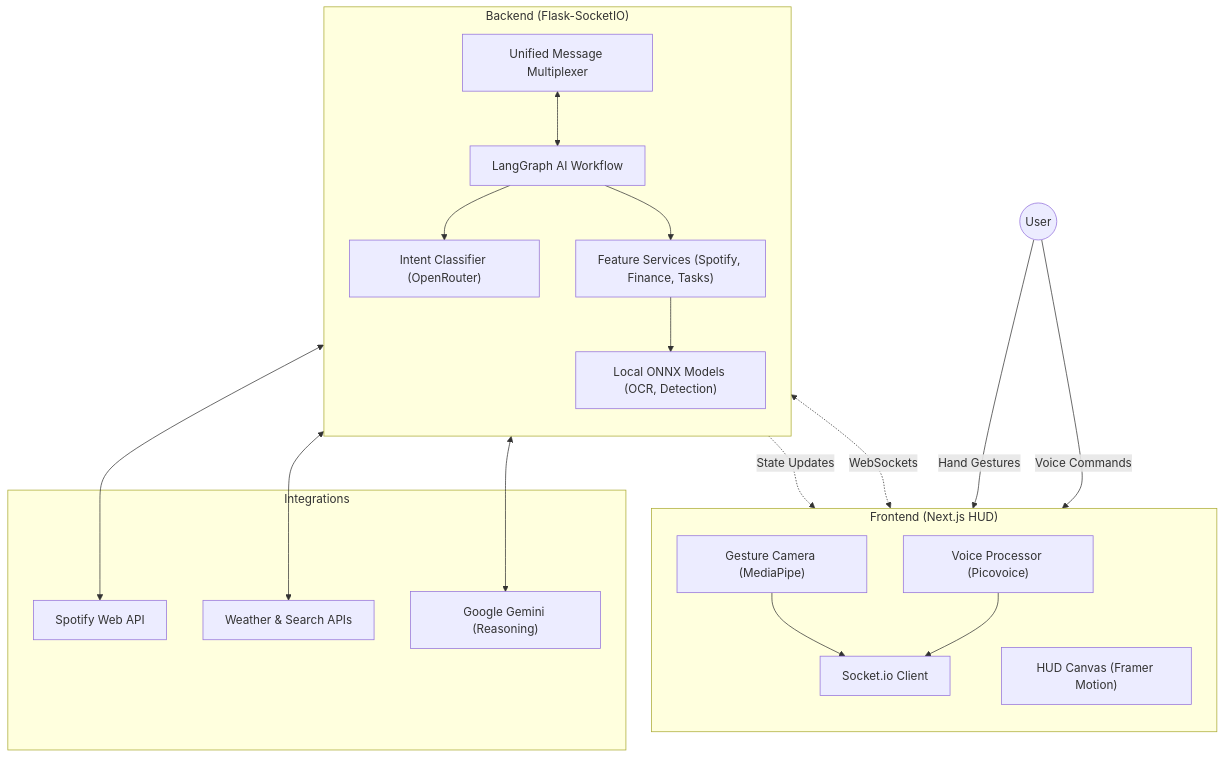
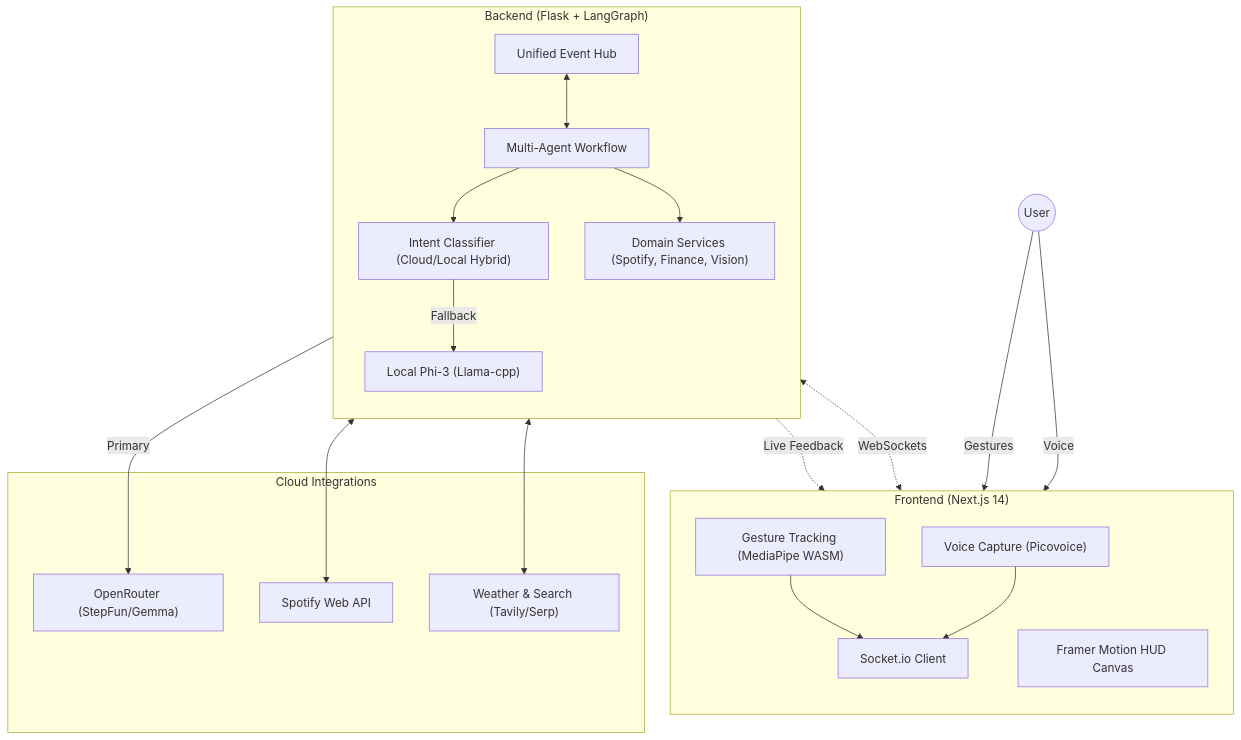
One commit to MIHIRrPATIL/ReflectOS changed the diagram in README.md. Above: the diagram before and after it, drawn with Mermaid. The commit also changed other lines of this file and 126 other files, not shown here.

Commit message:
Updated the OpenRouter models along with test scripts

````diff
--- a/README.md
+++ b/README.md
@@ -39,41 +46,41 @@
 ```mermaid
 graph TB
     User((User))
     
-    subgraph Frontend ["Frontend (Next.js HUD)"]
+    subgraph Frontend ["Frontend (Next.js 14)"]
         direction TB
-        Camera["Gesture Camera (MediaPipe)"]
-        Voice["Voice Processor (Picovoice)"]
+        Camera["Gesture Tracking (MediaPipe WASM)"]
+        Voice["Voice Capture (Picovoice)"]
         SocketFE["Socket.io Client"]
-        HUD_UI["HUD Canvas (Framer Motion)"]
+        HUD_UI["Framer Motion HUD Canvas"]
     end
 
-    subgraph Backend ["Backend (Flask-SocketIO)"]
+    subgraph Backend ["Backend (Flask + LangGraph)"]
         direction TB
-        SocketBE["Unified Message Multiplexer"]
-        Graph["LangGraph AI Workflow"]
-        Intent["Intent Classifier (OpenRouter)"]
-        FeatureSvc["Feature Services (Spotify, Finance, Tasks)"]
-        LocalML["Local ONNX Models (OCR, Detection)"]
+        SocketBE["Unified Event Hub"]
+        Graph["Multi-Agent Workflow"]
+        Intent["Intent Classifier (Cloud/Local Hybrid)"]
+        FeatureSvc["Domain Services (Spotify, Finance, Vision)"]
+        LocalLLM["Local Phi-3 (Llama-cpp)"]
     end
 
-    subgraph External ["Integrations"]
-        Gemini["Google Gemini (Reasoning)"]
+    subgraph External ["Cloud Integrations"]
+        OpenRouter["OpenRouter (StepFun/Gemma)"]
         SpotifyAPI["Spotify Web API"]
-        CloudAPI["Weather & Search APIs"]
+        CloudAPI["Weather & Search (Tavily/Serp)"]
     end
 
-    User -- "Hand Gestures" --> Camera
-    User -- "Voice Commands" --> Voice
+    User -- "Gestures" --> Camera
+    User -- "Voice" --> Voice
     Camera --> SocketFE
     Voice --> SocketFE
     SocketFE <-. "WebSockets" .-> SocketBE
     SocketBE <--> Graph
     Graph --> Intent
+    Intent -- "Primary" --> OpenRouter
+    Intent -- "Fallback" --> LocalLLM
     Graph --> FeatureSvc
-    FeatureSvc --> LocalML
     FeatureSvc <--> SpotifyAPI
     FeatureSvc <--> CloudAPI
-    Graph <--> Gemini
-    SocketBE -. "State Updates" .-> HUD_UI
+    SocketBE -. "Live Feedback" .-> HUD_UI
 ```
````
